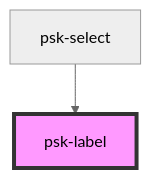
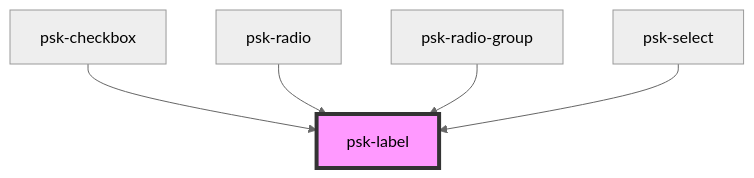
The diagram in src/components/psk-label/readme.md (daniel-visoiu/cardinal), drawn with Mermaid (neutral theme) before and after one commit. The commit also changed other lines of this file and 13 other files, not shown here.

````diff
--- a/src/components/psk-label/readme.md
+++ b/src/components/psk-label/readme.md
@@ -23,5 +26,8 @@
 ```mermaid
 graph TD;
+  psk-checkbox --> psk-label
+  psk-radio --> psk-label
+  psk-radio-group --> psk-label
   psk-select --> psk-label
   style psk-label fill:#f9f,stroke:#333,stroke-width:4px
 ```
````
